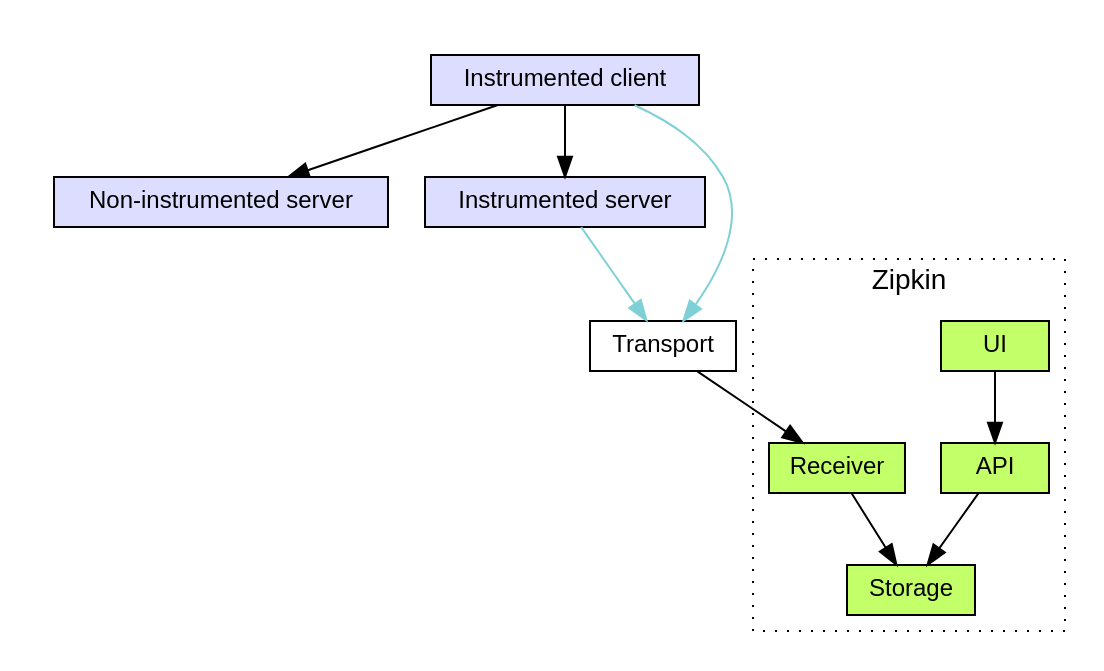
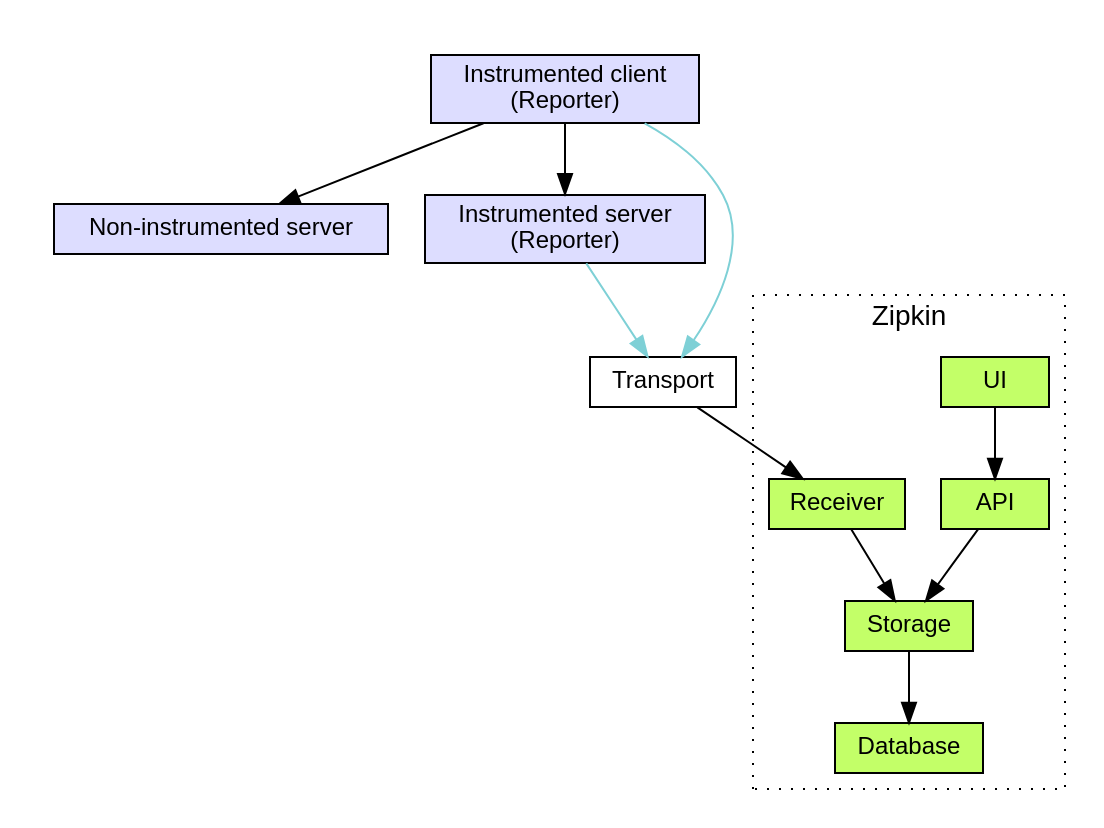
Before and after one commit to jplock/openzipkin.github.io: the diagram in graphs/architecture/source.dot, drawn with Graphviz. The commit also changed 1 other file, not shown here.

```diff
--- a/graphs/architecture/source.dot
+++ b/graphs/architecture/source.dot
@@ -1,39 +1,41 @@
 digraph Architecture {
   node[fontsize=12, height=0.35, fontname=Helvetica, shape=rect];
   fontname=Helvetica;
 
   subgraph cluster_your_app {
     color=white;
     node[fillcolor="#DDDDFF", style=filled];
 
-    client[label="Instrumented client"];
+    client[label="Instrumented client\n(Reporter)"];
     uninstrumented_server[label="Non-instrumented server"];
-    instrumented_server[label="Instrumented server"];
+    instrumented_server[label="Instrumented server\n(Reporter)"];
 
     client -> instrumented_server;
     client -> uninstrumented_server;
   }
 
   transport [label=Transport];
   
   subgraph cluster_zipkin {
     label=Zipkin;
     style=dotted;
     node[fillcolor="#C3FF68", style=filled];
 
     receiver[label=Receiver];
     storage[label=Storage];
+	database[label=Database];
     api[label=API];
     ui[label=UI];
 
     receiver -> storage;
+	storage -> database;
     
     ui -> api;
     api -> storage;
   }
 
   instrumented_server -> transport [color="#7ED0D6"];
   client -> transport [color="#7ED0D6"];
   transport -> receiver;
 
 }
```
